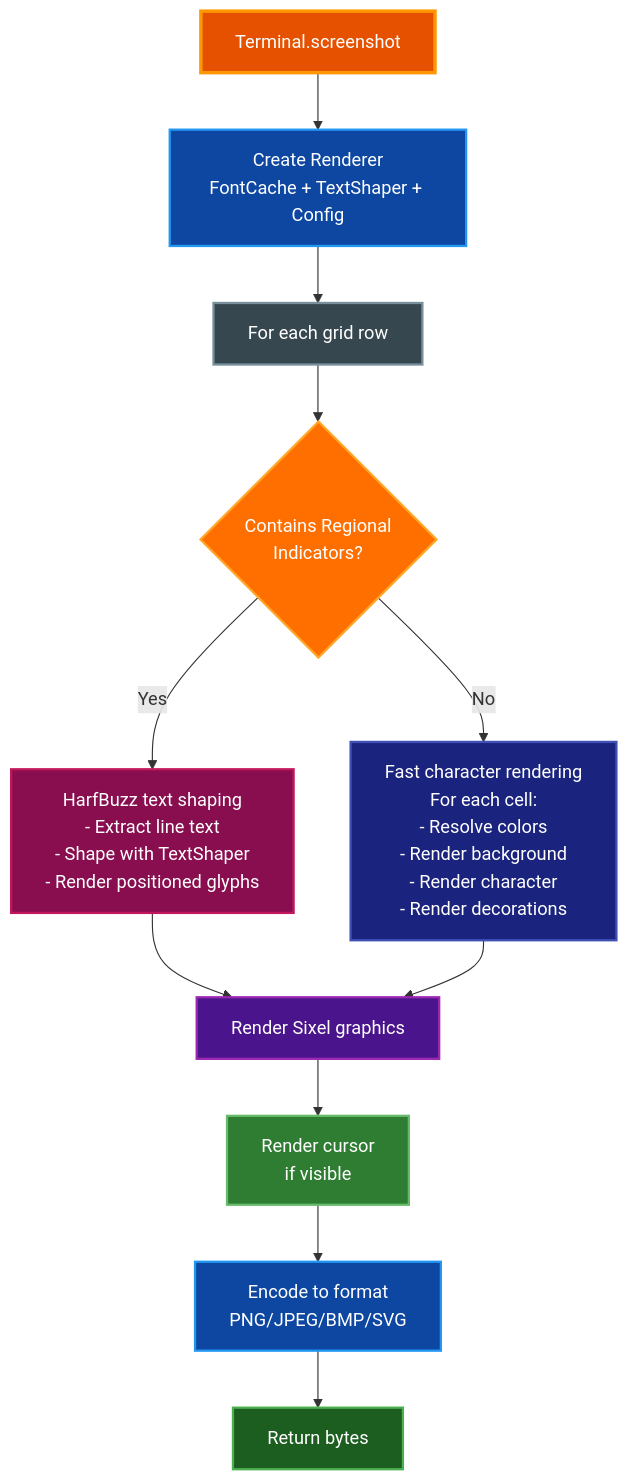
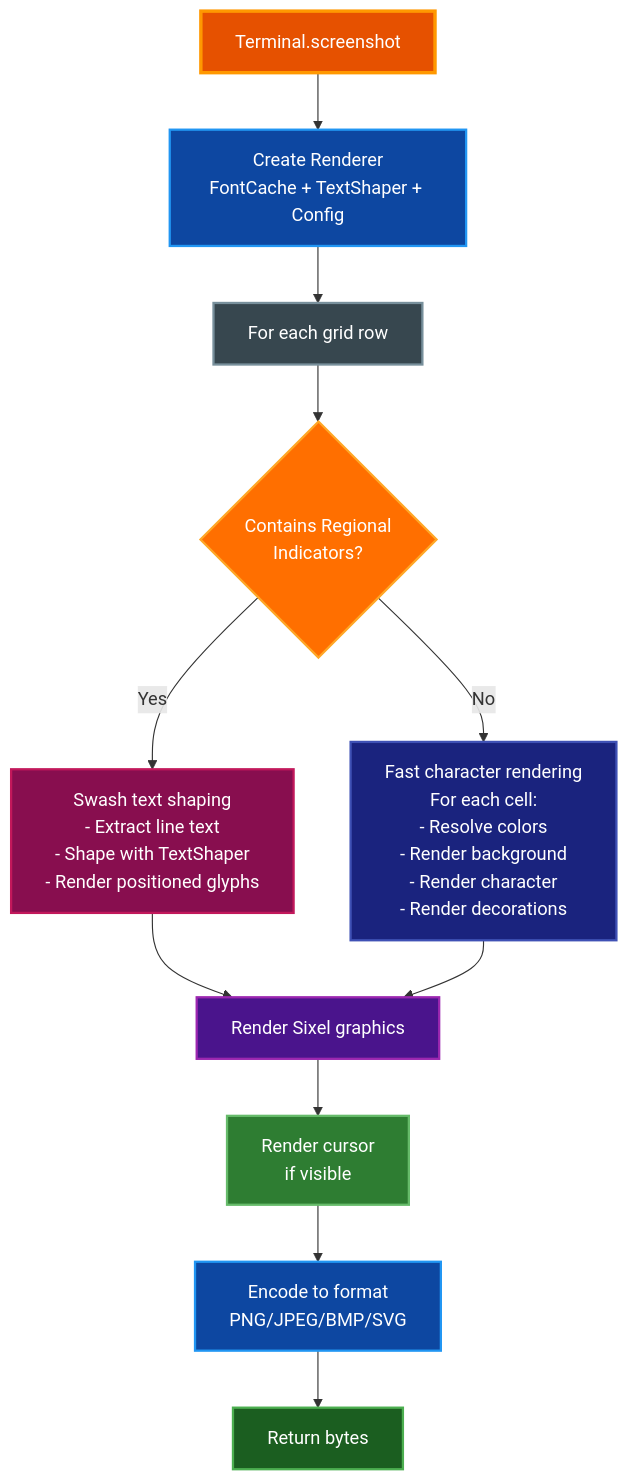
Before and after one commit to paulrobello/par-term-emu-core-rust: the fourth of 6 diagrams in docs/ARCHITECTURE.md, drawn with Mermaid. The commit also changed other lines of this file and 1 other file, not shown here.

First line of the commit message:
docs: sync ARCHITECTURE.md with current implementation

````diff
--- a/docs/ARCHITECTURE.md
+++ b/docs/ARCHITECTURE.md
@@ -520,35 +544,35 @@
 ```mermaid
 graph TD
     A[Terminal.screenshot]
     B[Create Renderer<br/>FontCache + TextShaper + Config]
     C[For each grid row]
     D{Contains Regional<br/>Indicators?}
-    E[HarfBuzz text shaping<br/>- Extract line text<br/>- Shape with TextShaper<br/>- Render positioned glyphs]
+    E[Swash text shaping<br/>- Extract line text<br/>- Shape with TextShaper<br/>- Render positioned glyphs]
     F[Fast character rendering<br/>For each cell:<br/>- Resolve colors<br/>- Render background<br/>- Render character<br/>- Render decorations]
     G[Render Sixel graphics]
     H[Render cursor<br/>if visible]
     I[Encode to format<br/>PNG/JPEG/BMP/SVG]
     J[Return bytes]
 
     A --> B
     B --> C
     C --> D
     D -->|Yes| E
     D -->|No| F
     E --> G
     F --> G
     G --> H
     H --> I
     I --> J
 
     style A fill:#e65100,stroke:#ff9800,stroke-width:3px,color:#ffffff
     style B fill:#0d47a1,stroke:#2196f3,stroke-width:2px,color:#ffffff
     style C fill:#37474f,stroke:#78909c,stroke-width:2px,color:#ffffff
     style D fill:#ff6f00,stroke:#ffa726,stroke-width:2px,color:#ffffff
     style E fill:#880e4f,stroke:#c2185b,stroke-width:2px,color:#ffffff
     style F fill:#1a237e,stroke:#3f51b5,stroke-width:2px,color:#ffffff
     style G fill:#4a148c,stroke:#9c27b0,stroke-width:2px,color:#ffffff
     style H fill:#2e7d32,stroke:#66bb6a,stroke-width:2px,color:#ffffff
     style I fill:#0d47a1,stroke:#2196f3,stroke-width:2px,color:#ffffff
     style J fill:#1b5e20,stroke:#4caf50,stroke-width:2px,color:#ffffff
 ```
````
